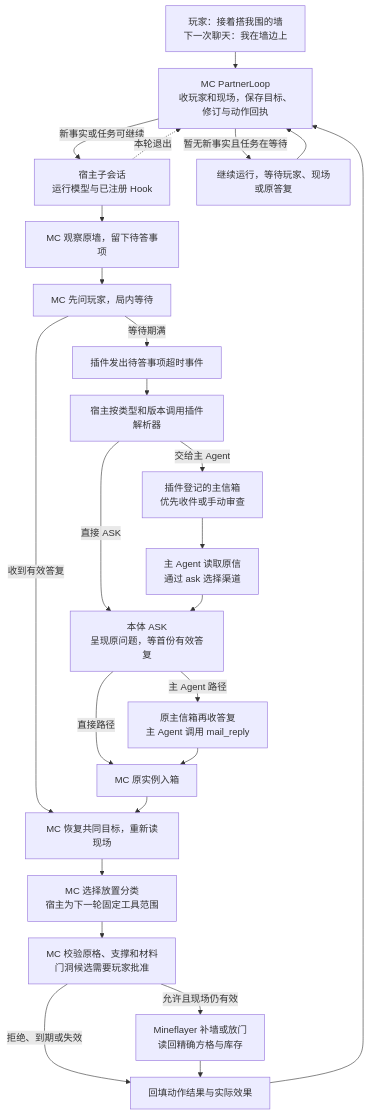
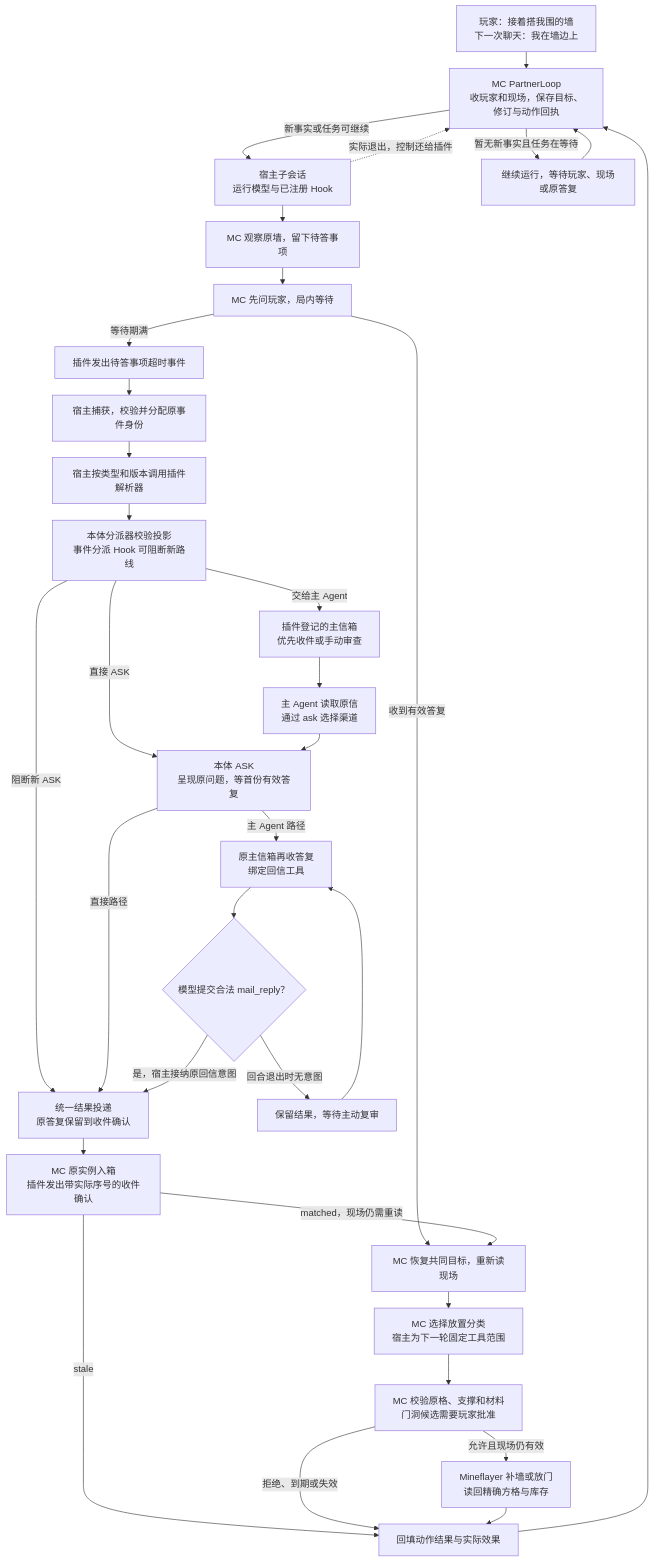
The third of 3 diagrams in docs/architecture.md (AuraKaliya/DaFeiYu-), drawn with Mermaid before and after one commit. The commit also changed other lines of this file and 2 other files, not shown here.

First line of the commit message:
记录两条 ASK 路径的架构和验收

````diff
--- a/docs/architecture.md
+++ b/docs/architecture.md
@@ -130,33 +146,41 @@
 ```mermaid
 ---
 config:
   flowchart:
     rankSpacing: 28
     nodeSpacing: 24
 ---
 flowchart TB
     Game["玩家：接着搭我围的墙<br/>下一次聊天：我在墙边上"] --> Loop
     Loop["MC PartnerLoop<br/>收玩家和现场，保存目标、修订与动作回执"] -->|新事实或任务可继续| Turn
     Turn["宿主子会话<br/>运行模型与已注册 Hook"] --> Look["MC 观察原墙，留下待答事项"]
     Look --> Local["MC 先问玩家，局内等待"]
     Local -->|收到有效答复| Resurvey
     Local -->|等待期满| Event["插件发出待答事项超时事件"]
-    Event --> Decode["宿主按类型和版本调用插件解析器"]
-    Decode -->|直接 ASK| Ask["本体 ASK<br/>呈现原问题，等首份有效答复"]
-    Decode -->|交给主 Agent| Box["插件登记的主信箱<br/>优先收件或手动审查"]
+    Event --> Capture["宿主捕获，校验并分配原事件身份"]
+    Capture --> Decode["宿主按类型和版本调用插件解析器"]
+    Decode --> Dispatch["本体分派器校验投影<br/>事件分派 Hook 可阻断新路线"]
+    Dispatch -->|直接 ASK| Ask["本体 ASK<br/>呈现原问题，等首份有效答复"]
+    Dispatch -->|交给主 Agent| Box["插件登记的主信箱<br/>优先收件或手动审查"]
+    Dispatch -->|阻断新 ASK| Delivery
     Box --> Main["主 Agent 读取原信<br/>通过 ask 选择渠道"]
     Main --> Ask
-    Ask -->|直接路径| In["MC 原实例入箱"]
-    Ask -->|主 Agent 路径| Back["原主信箱再收答复<br/>主 Agent 调用 mail_reply"]
-    Back --> In
-    In --> Resurvey["MC 恢复共同目标，重新读现场"]
+    Ask -->|直接路径| Delivery["统一结果投递<br/>原答复保留到收件确认"]
+    Ask -->|主 Agent 路径| Back["原主信箱再收答复<br/>绑定回信工具"]
+    Back --> Intent{"模型提交合法 mail_reply？"}
+    Intent -->|是，宿主接纳原回信意图| Delivery
+    Intent -->|回合退出时无意图| Review["保留结果，等待主动复审"]
+    Review --> Back
+    Delivery --> In["MC 原实例入箱<br/>插件发出带实际序号的收件确认"]
+    In -->|matched，现场仍需重读| Resurvey["MC 恢复共同目标，重新读现场"]
+    In -->|stale| Receipt
     Resurvey --> Expand["MC 选择放置分类<br/>宿主为下一轮固定工具范围"]
     Expand --> Gate["MC 校验原格、支撑和材料<br/>门洞候选需要玩家批准"]
     Gate -->|允许且现场仍有效| Work["Mineflayer 补墙或放门<br/>读回精确方格与库存"]
     Gate -->|拒绝、到期或失效| Receipt
     Work --> Receipt["回填动作结果与实际效果"]
-    Turn -. 本轮退出 .-> Loop
+    Turn -. 实际退出，控制还给插件 .-> Loop
     Receipt --> Loop
     Loop -->|暂无新事实且任务在等待| Wait["继续运行，等待玩家、现场或原答复"]
     Wait --> Loop
 ```
````
